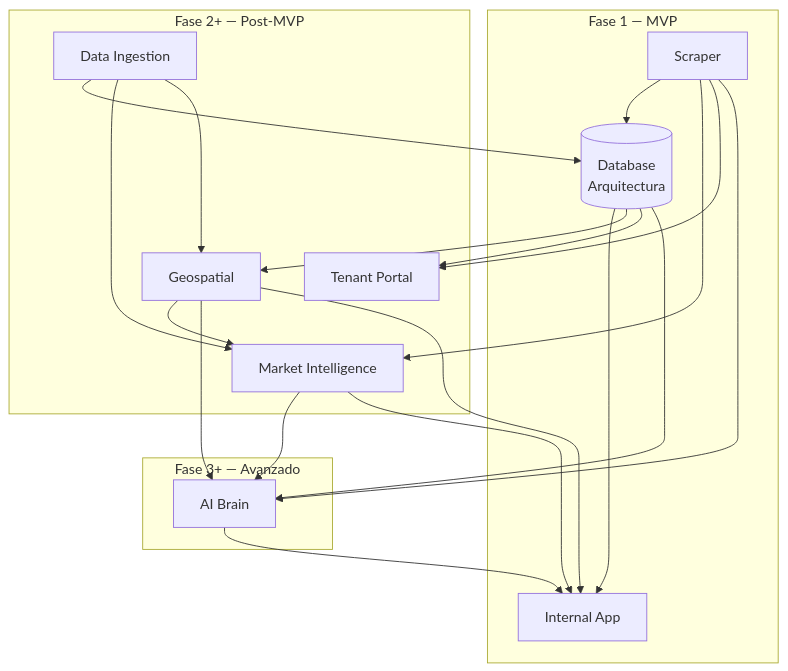
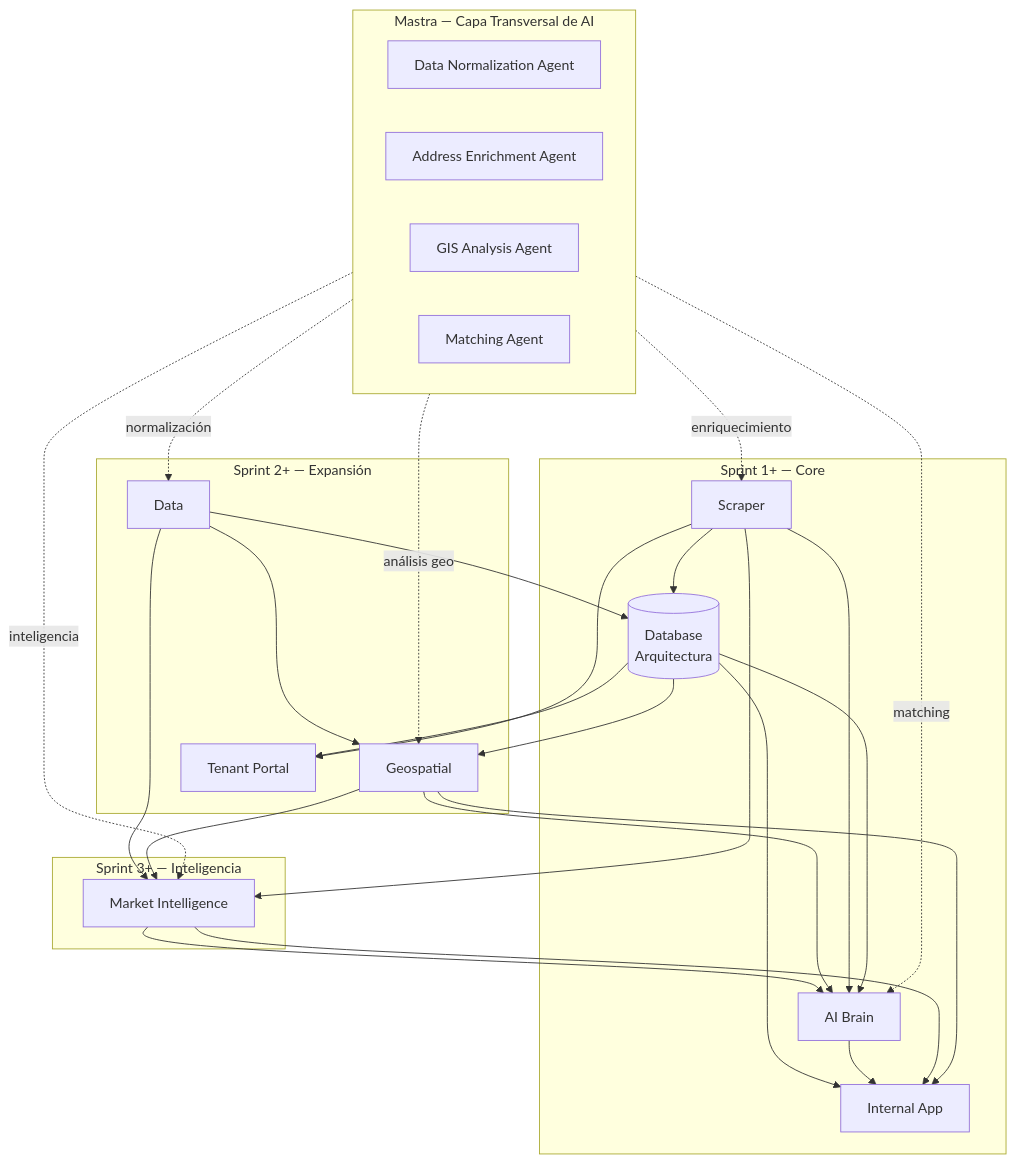
Before and after one commit to pablo-beiqa/beiqa-real-estate-platform: the diagram in 01-Modules/README.md, drawn with Mermaid. The commit also changed other lines of this file and 8 other files, not shown here.

First line of the commit message:
docs: actualizar módulos, roadmap y CLAUDE.md con arquitectura Mastra y limpiar archivos CONFLICT

````diff
--- a/01-Modules/README.md
+++ b/01-Modules/README.md
@@ -52,37 +55,51 @@
 ```mermaid
 flowchart TD
-    subgraph MVP["Fase 1 — MVP"]
+    subgraph MASTRA["Mastra — Capa Transversal de AI"]
+        direction LR
+        MA_NORM[Data Normalization Agent]
+        MA_ADDR[Address Enrichment Agent]
+        MA_GIS[GIS Analysis Agent]
+        MA_MATCH[Matching Agent]
+    end
+
+    subgraph S1["Sprint 1+ — Core"]
         SCR[Scraper]
         DB[(Database<br/>Arquitectura)]
         APP[Internal App]
+        AI[AI Brain]
     end
 
-    subgraph POST["Fase 2+ — Post-MVP"]
-        DI[Data Ingestion]
-        MI[Market Intelligence]
+    subgraph S2["Sprint 2+ — Expansión"]
+        DATA[Data]
         GEO[Geospatial]
         TP[Tenant Portal]
     end
 
-    subgraph ADV["Fase 3+ — Avanzado"]
-        AI[AI Brain]
+    subgraph S3["Sprint 3+ — Inteligencia"]
+        MI[Market Intelligence]
     end
 
+    MASTRA -.->|enriquecimiento| SCR
+    MASTRA -.->|normalización| DATA
+    MASTRA -.->|análisis geo| GEO
+    MASTRA -.->|matching| AI
+    MASTRA -.->|inteligencia| MI
+
     SCR --> DB
-    DI --> DB
+    DATA --> DB
     DB --> APP
     DB --> GEO
     DB --> TP
     SCR --> MI
     SCR --> TP
-    DI --> MI
-    DI --> GEO
+    DATA --> MI
+    DATA --> GEO
     GEO --> MI
     MI --> AI
     GEO --> AI
     SCR --> AI
     DB --> AI
     AI --> APP
     MI --> APP
     GEO --> APP
 ```
````
